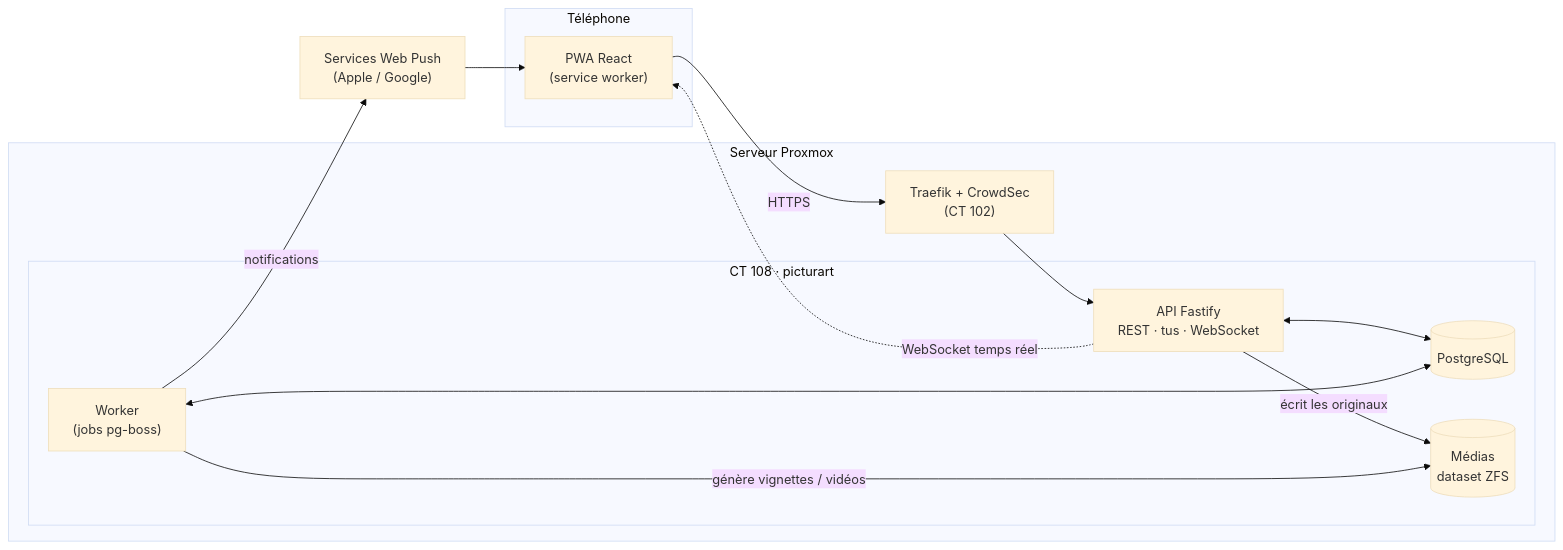
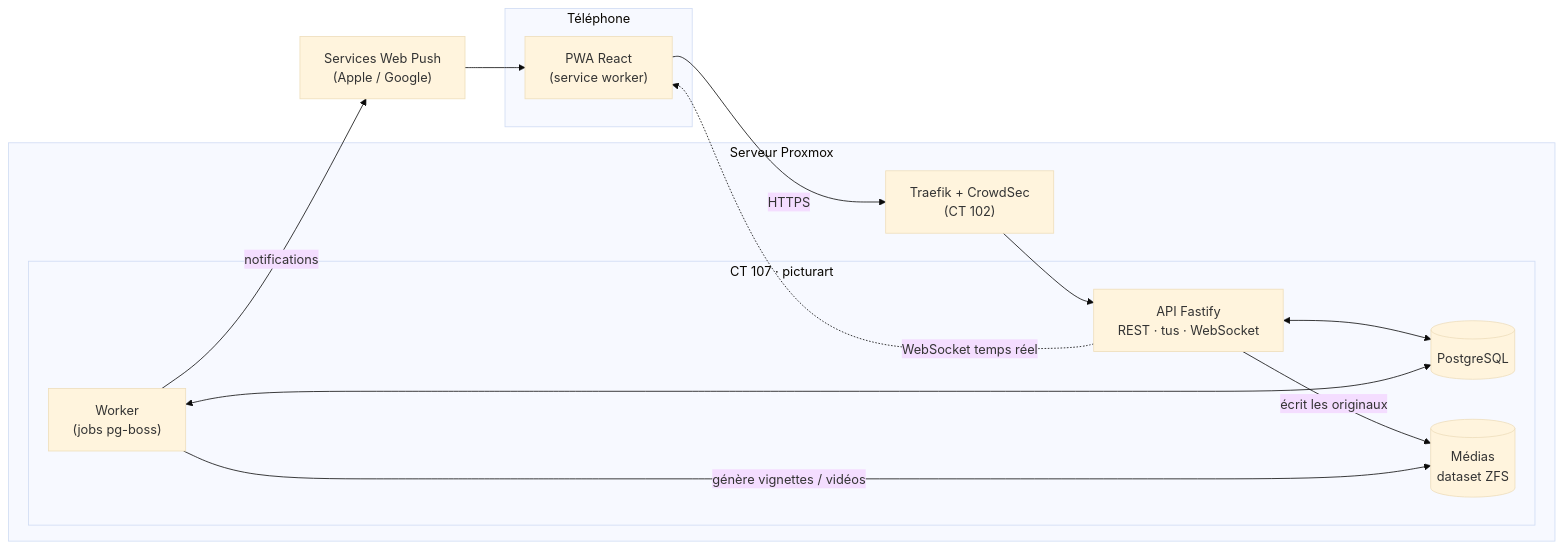
Before and after one commit to H3Dylan/picturart: the first of 3 diagrams in docs/architecture.md, drawn with Mermaid (base theme). The commit also changed other lines of this file, not shown here.

Commit message:
Architecture : l'app prend la place d'Immich sur le CT 107 (quota 500 Go)

````diff
--- a/docs/architecture.md
+++ b/docs/architecture.md
@@ -10,24 +10,24 @@
 ```mermaid
 flowchart LR
   subgraph Téléphone
     PWA["PWA React<br/>(service worker)"]
   end
   subgraph Proxmox["Serveur Proxmox"]
     T["Traefik + CrowdSec<br/>(CT 102)"]
-    subgraph CT108["CT 108 · picturart"]
+    subgraph CT107["CT 107 · picturart"]
       API["API Fastify<br/>REST · tus · WebSocket"]
       W["Worker<br/>(jobs pg-boss)"]
       DB[("PostgreSQL")]
       FS[("Médias<br/>dataset ZFS")]
     end
   end
   Push["Services Web Push<br/>(Apple / Google)"]
 
   PWA -- HTTPS --> T --> API
   API <--> DB
   W <--> DB
   API -- écrit les originaux --> FS
   W -- génère vignettes / vidéos --> FS
   W -- notifications --> Push --> PWA
   API -. WebSocket temps réel .-> PWA
 ```
````
